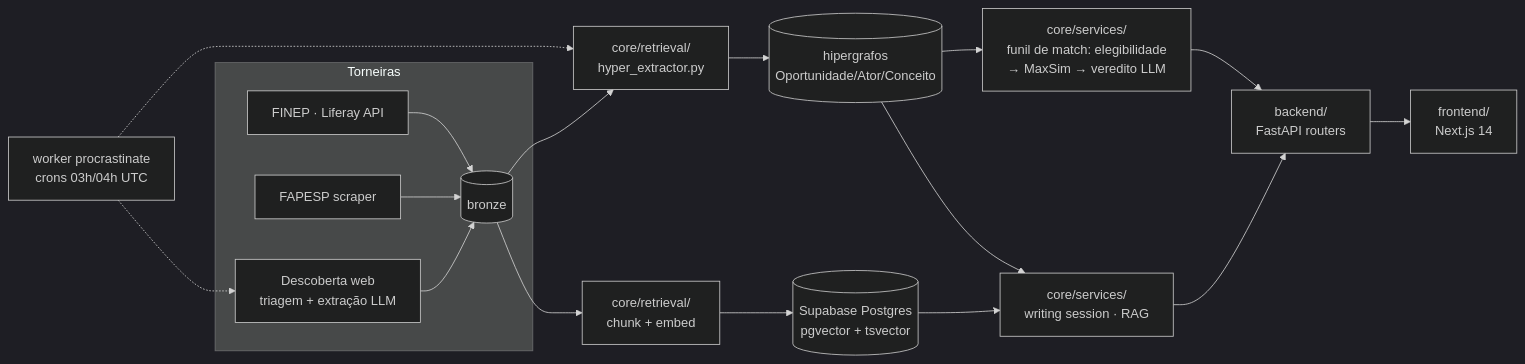
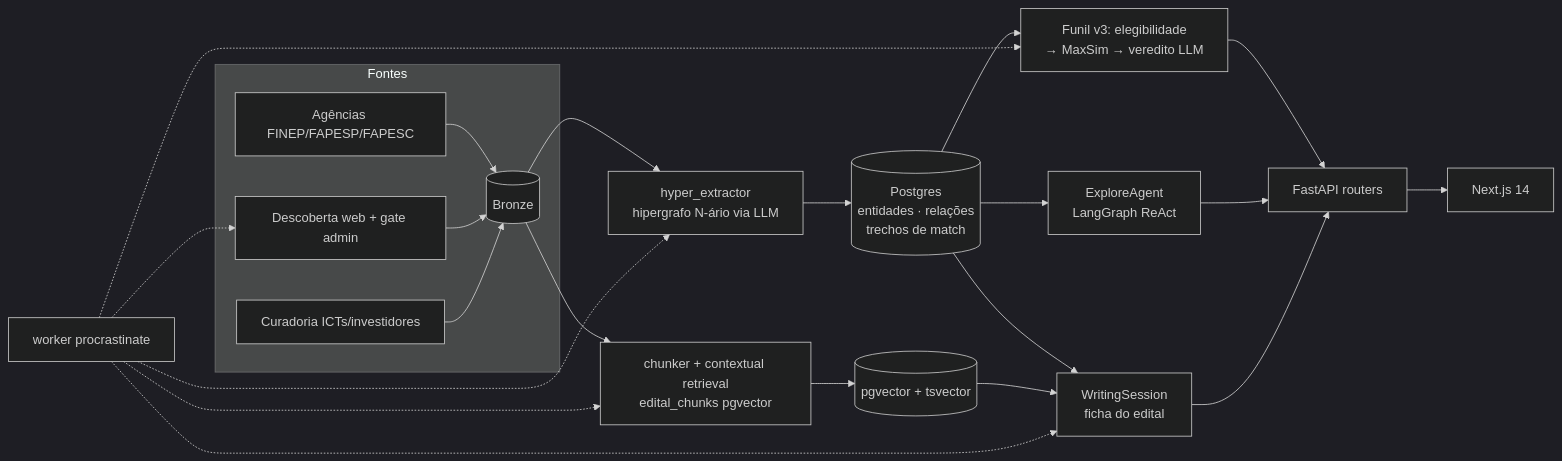
One commit to lucasborgs/radar_editais changed the diagram in README.md. Above: the diagram before and after it, drawn with Mermaid (dark theme). The commit also changed other lines of this file, not shown here.

````diff
--- a/README.md
+++ b/README.md
@@ -34,18 +11,19 @@
 ```mermaid
 flowchart LR
-    subgraph Torneiras
-        FINEP[FINEP · Liferay API] --> B[(bronze)]
-        FAPESP[FAPESP scraper] --> B
-        WEB[Descoberta web<br/>triagem + extração LLM] --> B
+    subgraph T["Fontes"]
+        AG[Agências FINEP/FAPESP/FAPESC] --> B[(Bronze)]
+        WEB[Descoberta web + gate admin] --> B
+        CUR[Curadoria ICTs/investidores] --> B
     end
-    B --> HEX[core/retrieval/<br/>hyper_extractor.py] --> HG[(hipergrafos<br/>Oportunidade/Ator/Conceito)]
-    B --> CH[core/retrieval/<br/>chunk + embed] --> PG[(Supabase Postgres<br/>pgvector + tsvector)]
-    HG --> M[core/services/<br/>funil de match: elegibilidade<br/>→ MaxSim → veredito LLM]
-    PG --> W[core/services/<br/>writing session · RAG]
-    HG --> W
-    M --> API[backend/<br/>FastAPI routers]
-    W --> API
-    API --> FE[frontend/<br/>Next.js 14]
-    WK[worker procrastinate<br/>crons 03h/04h UTC] -.-> HEX
-    WK -.-> WEB
+    B --> HEX[hyper_extractor<br/>hipergrafo N-ário via LLM]
+    B --> CH[chunker + contextual retrieval<br/>edital_chunks pgvector]
+    HEX --> KG[(Postgres<br/>entidades · relações<br/>trechos de match)]
+    CH --> PG[(pgvector + tsvector)]
+    KG --> M[Funil v3: elegibilidade<br/>→ MaxSim → veredito LLM]
+    KG --> EA[ExploreAgent<br/>LangGraph ReAct]
+    KG --> WS[WritingSession<br/>ficha do edital]
+    PG --> WS
+    M & EA & WS --> API[FastAPI routers]
+    API --> FE[Next.js 14]
+    WK[worker procrastinate] -.-> HEX & CH & WEB & M & WS
 ```
````
